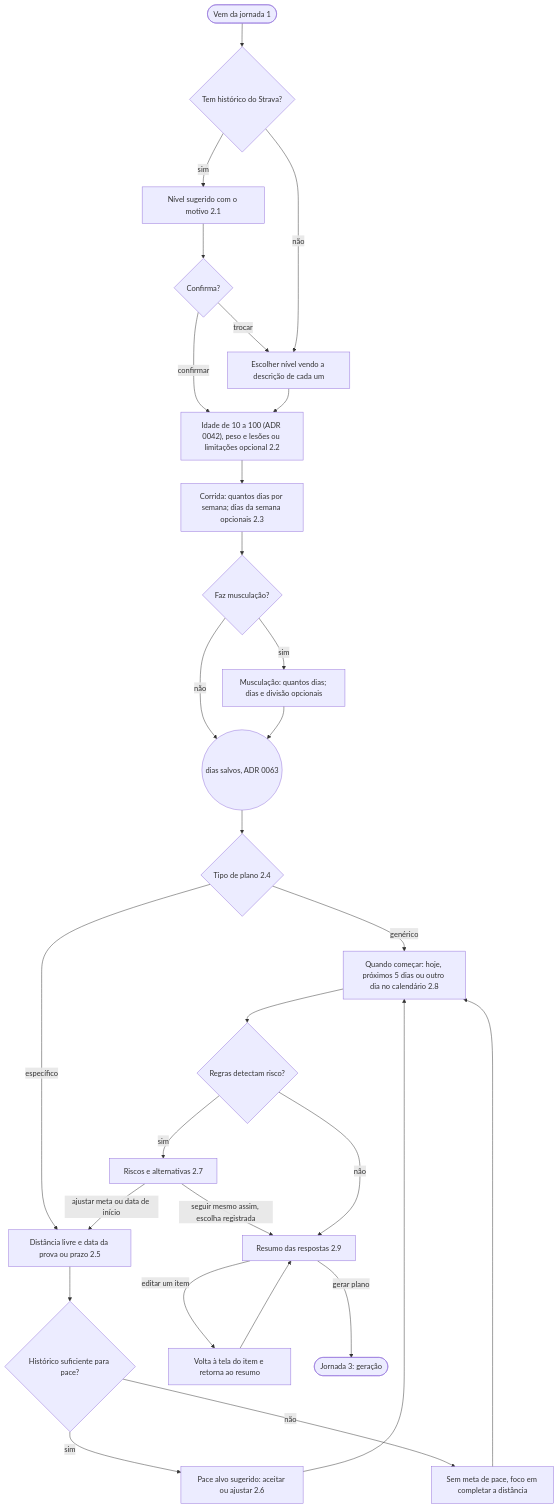
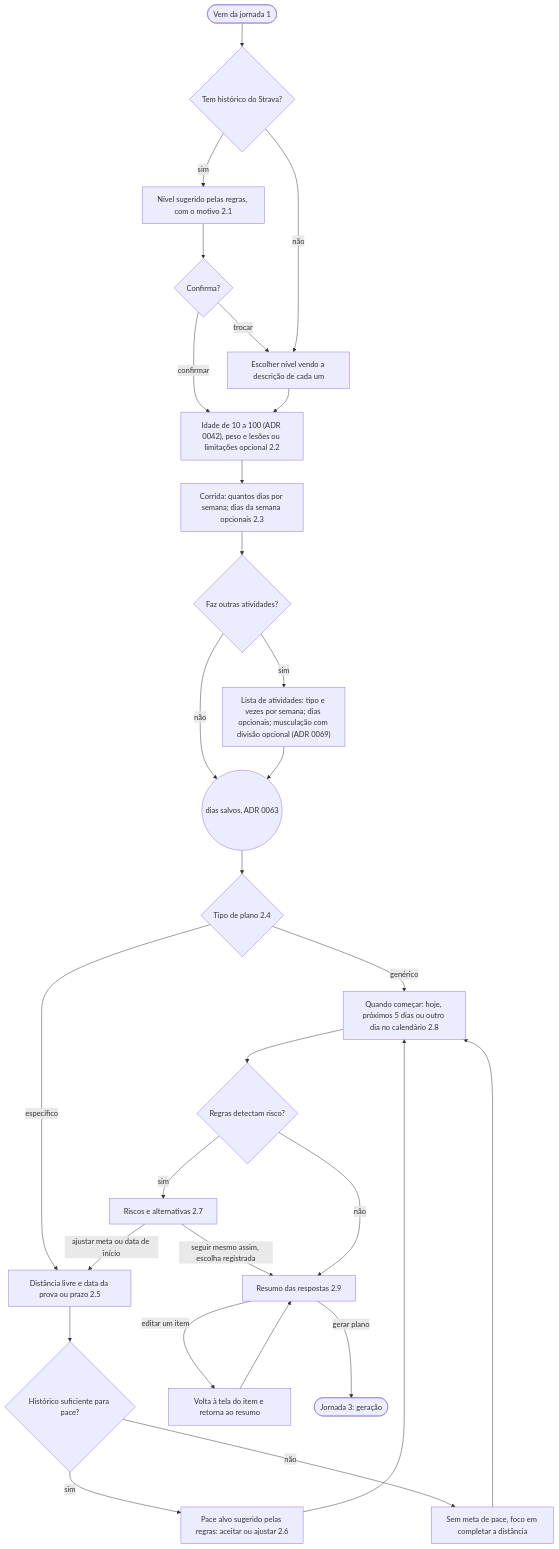
One commit to cruzvini/app-corrida changed the second of 11 diagrams in docs/fluxos.md. Above: the diagram before and after it, drawn with Mermaid. The commit also changed other lines of this file and 2 other files, not shown here.

First line of the commit message:
docs: atualiza os fluxos das jornadas 1, 2, 4 e 6 com o Strava

````diff
--- a/docs/fluxos.md
+++ b/docs/fluxos.md
@@ -44,31 +44,31 @@
 ```mermaid
 flowchart TD
   A([Vem da jornada 1]) --> B{Tem histórico do Strava?}
-  B -- sim --> C[Nível sugerido com o motivo 2.1]
+  B -- sim --> C[Nível sugerido pelas regras, com o motivo 2.1]
   C --> C1{Confirma?}
   C1 -- trocar --> D
   C1 -- confirmar --> E
   B -- não --> D[Escolher nível vendo a descrição de cada um]
   D --> E["Idade de 10 a 100 (ADR 0042), peso e lesões ou limitações opcional 2.2"]
   E --> F[Corrida: quantos dias por semana; dias da semana opcionais 2.3]
-  F --> G{Faz musculação?}
-  G -- sim --> G1[Musculação: quantos dias; dias e divisão opcionais]
+  F --> G{Faz outras atividades?}
+  G -- sim --> G1["Lista de atividades: tipo e vezes por semana; dias opcionais; musculação com divisão opcional (ADR 0069)"]
   G -- não --> DIAS
   G1 --> DIAS
   DIAS((dias salvos, ADR 0063)) --> H{Tipo de plano 2.4}
   H -- genérico --> INI
   H -- específico --> I[Distância livre e data da prova ou prazo 2.5]
   I --> J{Histórico suficiente para pace?}
-  J -- sim --> J1[Pace alvo sugerido: aceitar ou ajustar 2.6]
+  J -- sim --> J1[Pace alvo sugerido pelas regras: aceitar ou ajustar 2.6]
   J -- não --> J2[Sem meta de pace, foco em completar a distância]
   J1 --> INI
   J2 --> INI
   INI["Quando começar: hoje, próximos 5 dias ou outro dia no calendário 2.8"] --> K{Regras detectam risco?}
   K -- sim --> K1[Riscos e alternativas 2.7]
   K1 -- ajustar meta ou data de início --> I
   K1 -- seguir mesmo assim, escolha registrada --> R
   K -- não --> R[Resumo das respostas 2.9]
   R -- editar um item --> EDIT[Volta à tela do item e retorna ao resumo]
   EDIT --> R
   R -- gerar plano --> GER([Jornada 3: geração])
 ```
````
